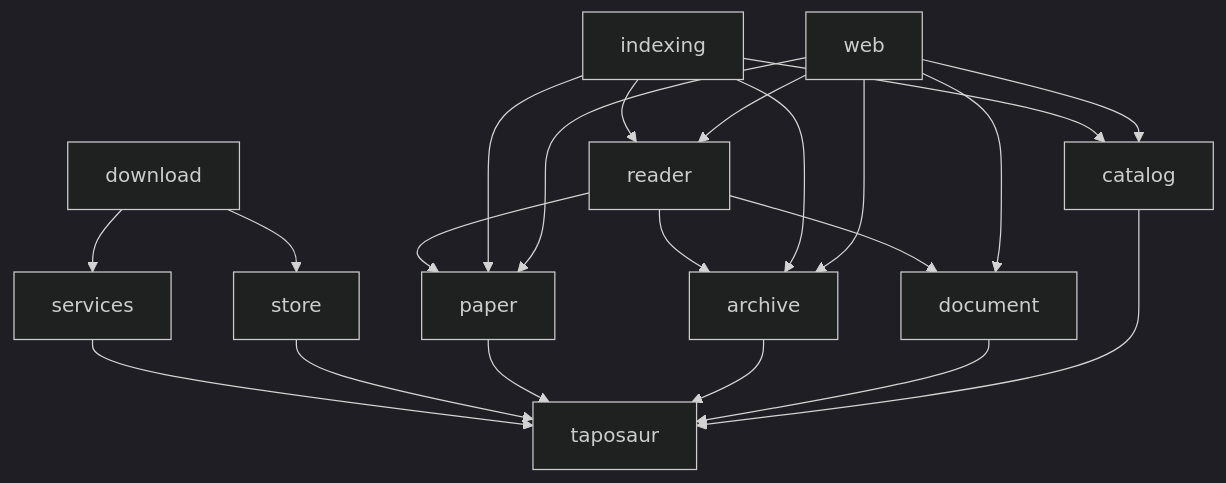
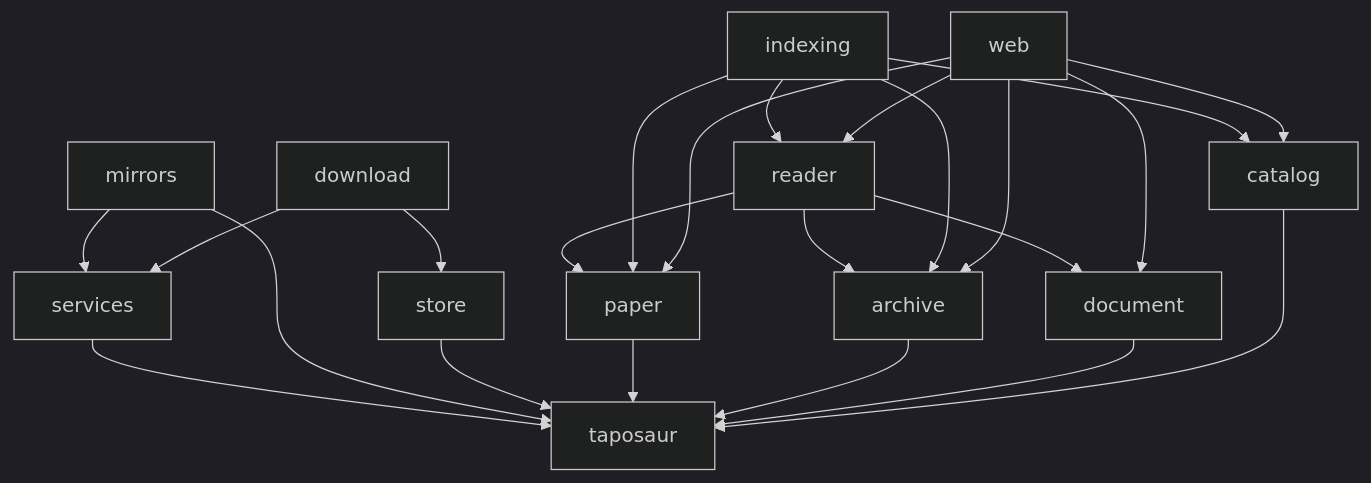
One commit to avsm/oxmono changed the diagram in taposaur/ARCHITECTURE.md. Above: the diagram before and after it, drawn with Mermaid (dark theme). The commit also changed other lines of this file and 103 other files, not shown here.

````diff
--- a/taposaur/ARCHITECTURE.md
+++ b/taposaur/ARCHITECTURE.md
@@ -24,23 +28,25 @@
 ```mermaid
 flowchart TD
   services --> core[taposaur]
+  mirrors --> services
+  mirrors --> core
   store --> core
   download --> services
   download --> store
   paper --> core
   archive --> core
   document --> core
   catalog --> core
   reader --> paper
   reader --> archive
   reader --> document
   indexing --> reader
   indexing --> catalog
   indexing --> archive
   indexing --> paper
   web --> reader
   web --> catalog
   web --> archive
   web --> document
   web --> paper
 ```
````
